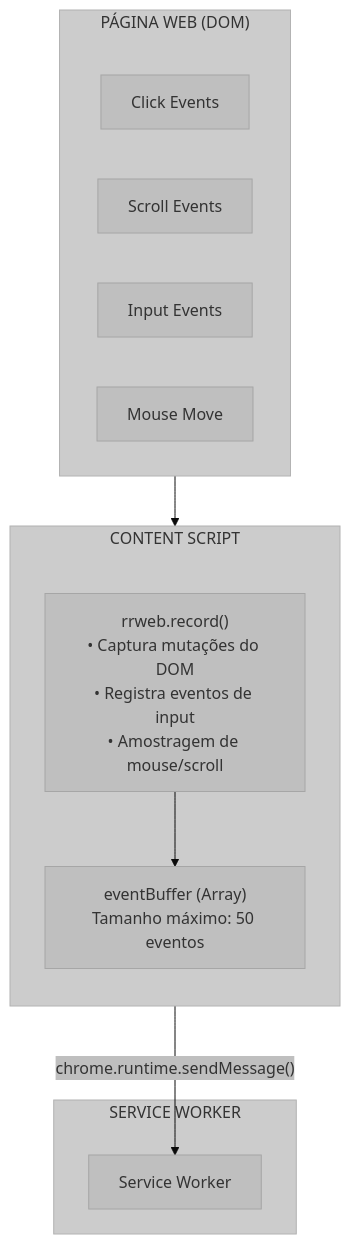
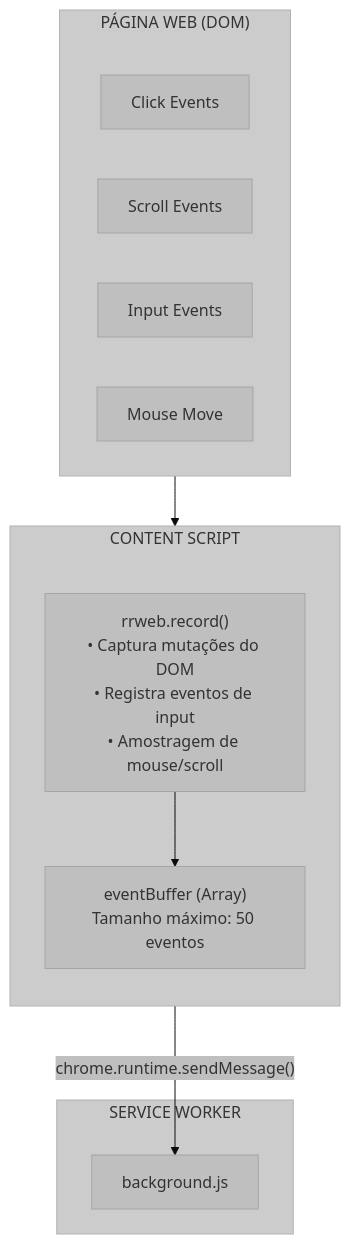
Before and after one commit to marcus-v-rodrigues/ux-auditor-extension: the first of 3 diagrams in docs/03-content-script.md, drawn with Mermaid. The commit also changed other lines of this file and 7 other files, not shown here.

````diff
--- a/docs/03-content-script.md
+++ b/docs/03-content-script.md
@@ -20,27 +20,25 @@
 ```mermaid
 %%{init: {'theme': 'base', 'themeVariables': { 'primaryColor': '#bfbfbf', 'edgeColor': '#5d5d5d' }, "flowchart": {"subGraphTitleMargin": {"bottom": 30}}}}%%
 flowchart TB
     subgraph WEB ["PÁGINA WEB (DOM)"]
         direction LR
         Click["Click Events"]
         Scroll["Scroll Events"]
         Input["Input Events"]
         Mouse["Mouse Move"]
     end
-    
+
     subgraph CS ["CONTENT SCRIPT"]
         direction TB
-        Record["rrweb.record()<br>• Captura mutações do DOM<br>• Registra eventos de input<br>• Amostragem de mouse/scroll"]
-        Buffer["eventBuffer (Array)<br>Tamanho máximo: 50 eventos"]
+        Record["rrweb.record()<br/>• Captura mutações do DOM<br/>• Registra eventos de input<br/>• Amostragem de mouse/scroll"]
+        Buffer["eventBuffer (Array)<br/>Tamanho máximo: 50 eventos"]
         Record --> Buffer
     end
-    
+
     subgraph SW ["SERVICE WORKER"]
-        Background["Service Worker"]
+        Background["background.js"]
     end
-    
+
     WEB --> Record
-    
-    %% Usando ---> (3 traços) para aumentar a distância vertical
     Buffer --->|"chrome.runtime.sendMessage()"| Background
 ```
````
